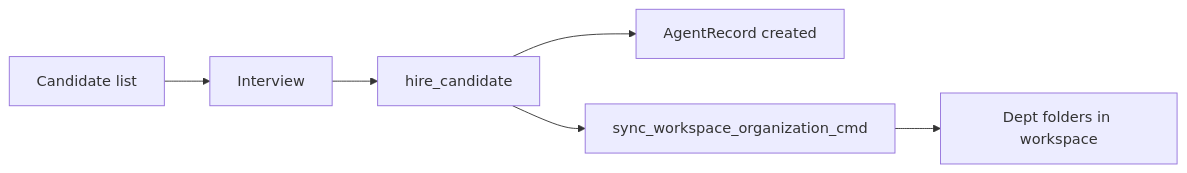
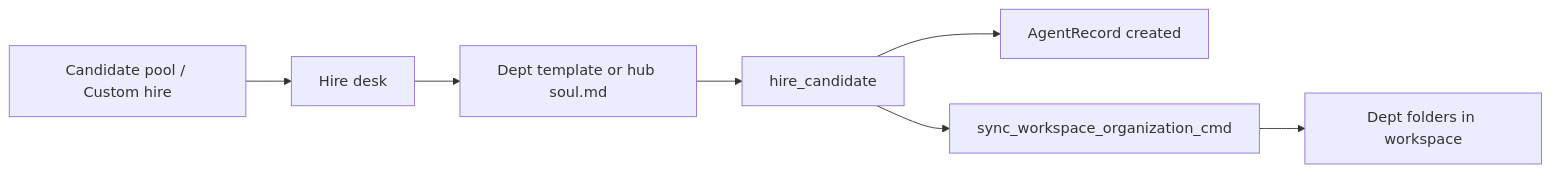
The diagram in docs/RECRUITMENT_HR.md (yanshekki/SoulCorp), drawn with Mermaid before and after one commit. The commit also changed other lines of this file and 281 other files, not shown here.

````diff
--- a/docs/RECRUITMENT_HR.md
+++ b/docs/RECRUITMENT_HR.md
@@ -33,8 +38,9 @@
 ```mermaid
 flowchart LR
-  C[Candidate list] --> I[Interview]
-  I --> H[hire_candidate]
+  C[Candidate pool / Custom hire] --> D[Hire desk]
+  D --> Soul[Dept template or hub soul.md]
+  Soul --> H[hire_candidate]
   H --> A[AgentRecord created]
   H --> S[sync_workspace_organization_cmd]
   S --> W[Dept folders in workspace]
 ```
````
